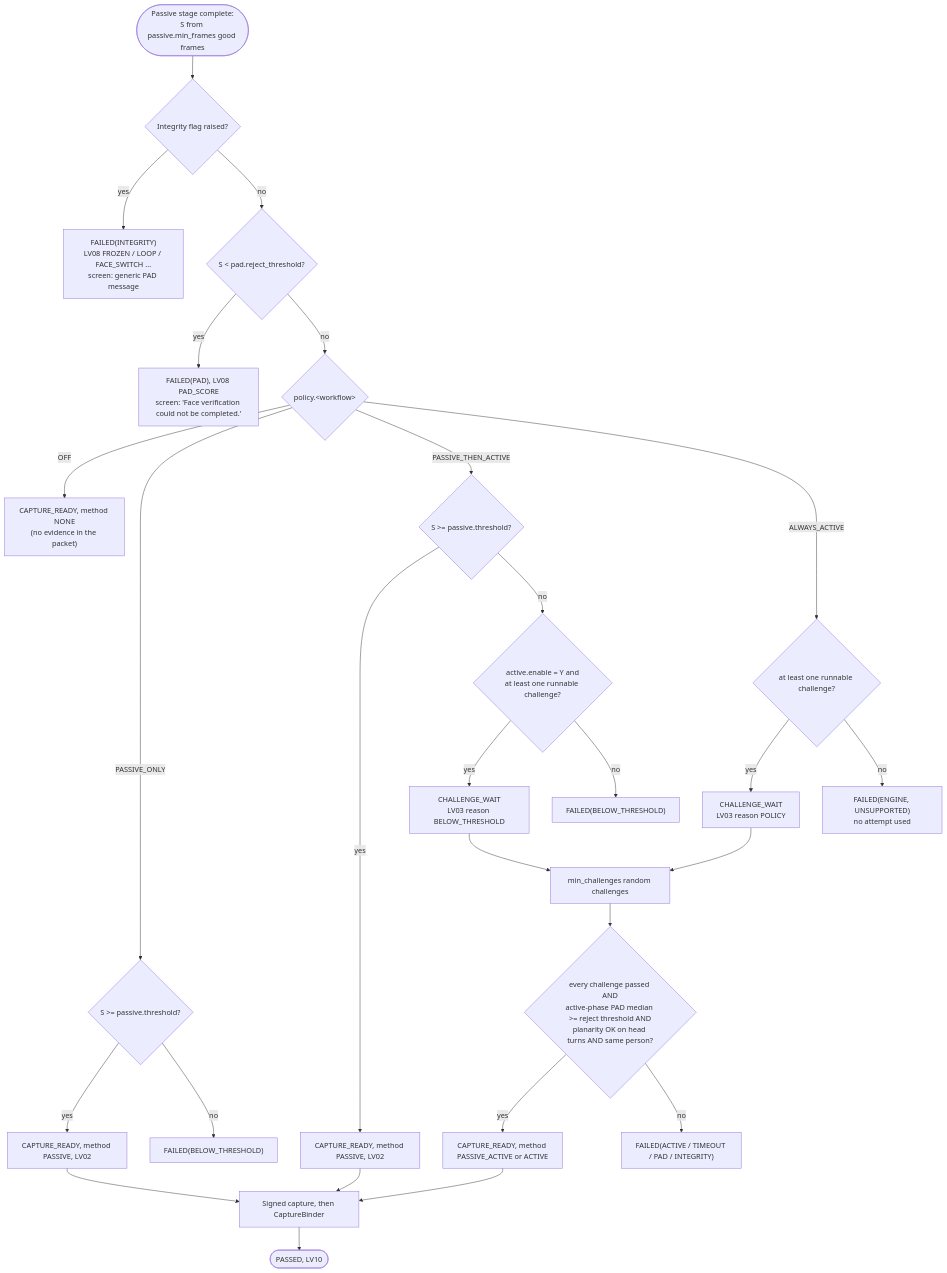
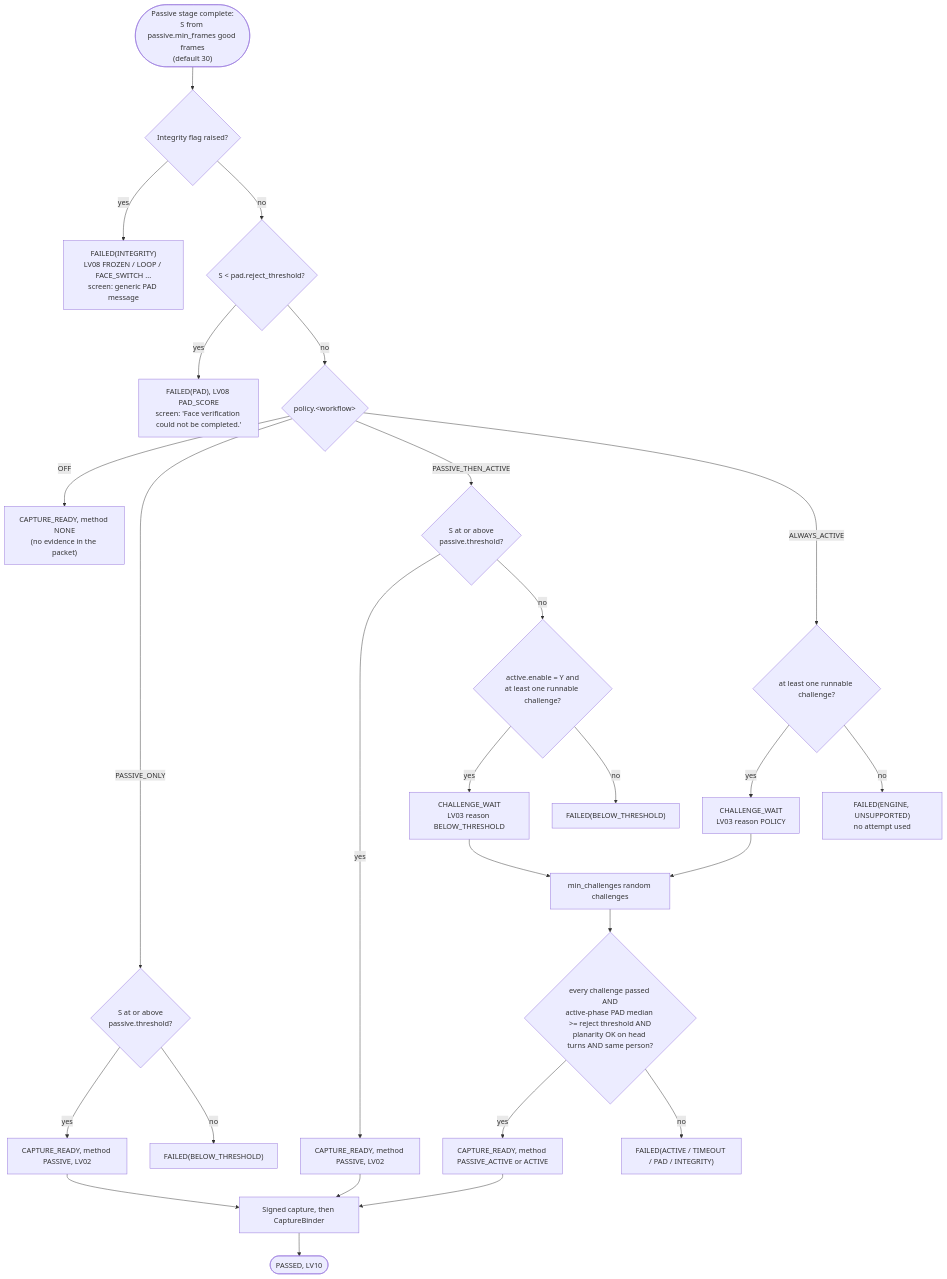
The diagram in docs/design/decision-flow.md (Paradox-73/Face_Liveness_Detection_and_Presentation_Attack_Detection), drawn with Mermaid before and after one commit. The commit also changed other lines of this file and 20 other files, not shown here.

First line of the commit message:
docs: architecture images, technology evaluation, updated traceability and status

````diff
--- a/docs/design/decision-flow.md
+++ b/docs/design/decision-flow.md
@@ -24,29 +28,29 @@
 ```mermaid
 flowchart TD
-  START(["Passive stage complete:<br/>S from passive.min_frames good frames"]) --> INT{"Integrity flag raised?"}
+  START(["Passive stage complete:<br/>S from passive.min_frames good frames<br/>(default 30)"]) --> INT{"Integrity flag raised?"}
   INT -- yes --> FINT["FAILED(INTEGRITY)<br/>LV08 FROZEN / LOOP / FACE_SWITCH ...<br/>screen: generic PAD message"]
   INT -- no --> REJ{"S < pad.reject_threshold?"}
   REJ -- yes --> FPAD["FAILED(PAD), LV08 PAD_SCORE<br/>screen: 'Face verification could not be completed.'"]
   REJ -- no --> MODE{"policy.&lt;workflow&gt;"}
   MODE -- OFF --> OFF["CAPTURE_READY, method NONE<br/>(no evidence in the packet)"]
-  MODE -- PASSIVE_ONLY --> PO{"S >= passive.threshold?"}
+  MODE -- PASSIVE_ONLY --> PO{"S at or above<br/>passive.threshold?"}
   PO -- yes --> PASS1["CAPTURE_READY, method PASSIVE, LV02"]
   PO -- no --> BT1["FAILED(BELOW_THRESHOLD)"]
-  MODE -- PASSIVE_THEN_ACTIVE --> PTA{"S >= passive.threshold?"}
+  MODE -- PASSIVE_THEN_ACTIVE --> PTA{"S at or above<br/>passive.threshold?"}
   PTA -- yes --> PASS2["CAPTURE_READY, method PASSIVE, LV02"]
   PTA -- no --> AE{"active.enable = Y and<br/>at least one runnable challenge?"}
   AE -- yes --> ESC["CHALLENGE_WAIT<br/>LV03 reason BELOW_THRESHOLD"]
   AE -- no --> BT2["FAILED(BELOW_THRESHOLD)"]
   MODE -- ALWAYS_ACTIVE --> AA{"at least one runnable challenge?"}
   AA -- yes --> ESC2["CHALLENGE_WAIT<br/>LV03 reason POLICY"]
   AA -- no --> UNS["FAILED(ENGINE, UNSUPPORTED)<br/>no attempt used"]
   ESC --> CH["min_challenges random challenges"]
   ESC2 --> CH
   CH --> FIN{"every challenge passed AND<br/>active-phase PAD median >= reject threshold AND<br/>planarity OK on head turns AND same person?"}
   FIN -- yes --> PASS3["CAPTURE_READY, method PASSIVE_ACTIVE or ACTIVE"]
   FIN -- no --> FACT["FAILED(ACTIVE / TIMEOUT / PAD / INTEGRITY)"]
   PASS1 --> BIND["Signed capture, then CaptureBinder"]
   PASS2 --> BIND
   PASS3 --> BIND
   BIND --> OK(["PASSED, LV10"])
 ```
````
